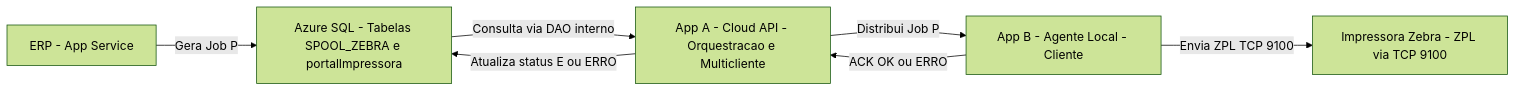
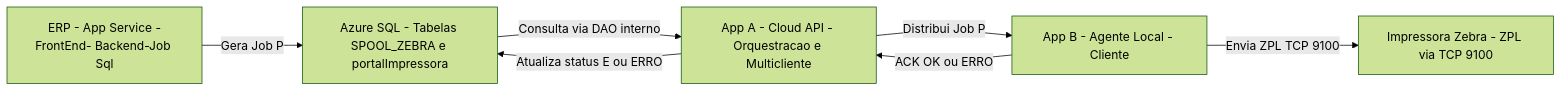
Before and after one commit to Andrebatt72/impressorazebra: the first of 3 diagrams in README.md, drawn with Mermaid (forest theme).

````diff
--- a/README.md
+++ b/README.md
@@ -24,15 +24,15 @@
 ```mermaid
 flowchart LR
-    ERP["ERP - App Service"]
+    ERP["ERP - App Service -FrontEnd- Backend-Job Sql"]
     DB["Azure SQL - Tabelas SPOOL_ZEBRA e portalImpressora"]
     AppA["App A - Cloud API - Orquestracao e Multicliente"]
     AppB["App B - Agente Local - Cliente"]
     Zebra["Impressora Zebra - ZPL via TCP 9100"]
 
     ERP -->|Gera Job P| DB
     DB -->|Consulta via DAO interno| AppA
     AppA -->|Distribui Job P| AppB
     AppB -->|Envia ZPL TCP 9100| Zebra
     AppB -->|ACK OK ou ERRO| AppA
     AppA -->|Atualiza status E ou ERRO| DB
 ```
````
